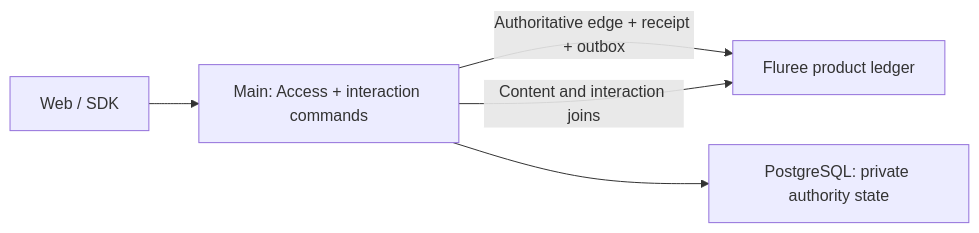
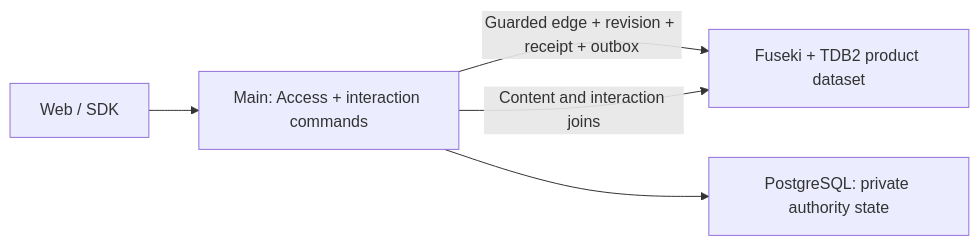
The diagram in docs/implementation/interactions-and-cache.md (rezics/rezics-next), drawn with Mermaid before and after one commit. The commit also changed other lines of this file and 91 other files, not shown here.

Commit message:
docs: adopt Jena architecture and minimal REZICS startup path

````diff
--- a/docs/implementation/interactions-and-cache.md
+++ b/docs/implementation/interactions-and-cache.md
@@ -34,7 +36,7 @@
 ```mermaid
 flowchart LR
     Client[Web / SDK] --> Main[Main: Access + interaction commands]
-    Main -->|Authoritative edge + receipt + outbox| Fluree[Fluree product ledger]
-    Main -->|Content and interaction joins| Fluree
+    Main -->|Guarded edge + revision + receipt + outbox| Jena[Fuseki + TDB2 product dataset]
+    Main -->|Content and interaction joins| Jena
     Main --> Authority[PostgreSQL: private authority state]
 ```
````
